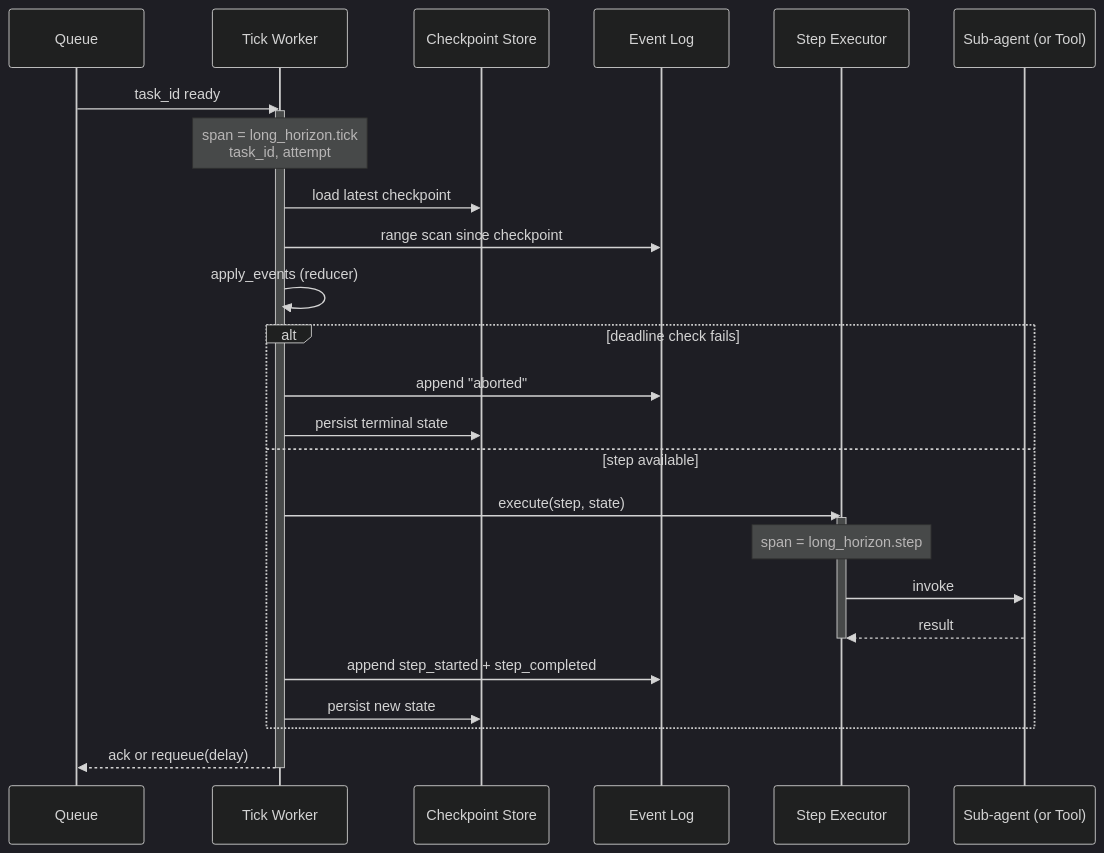
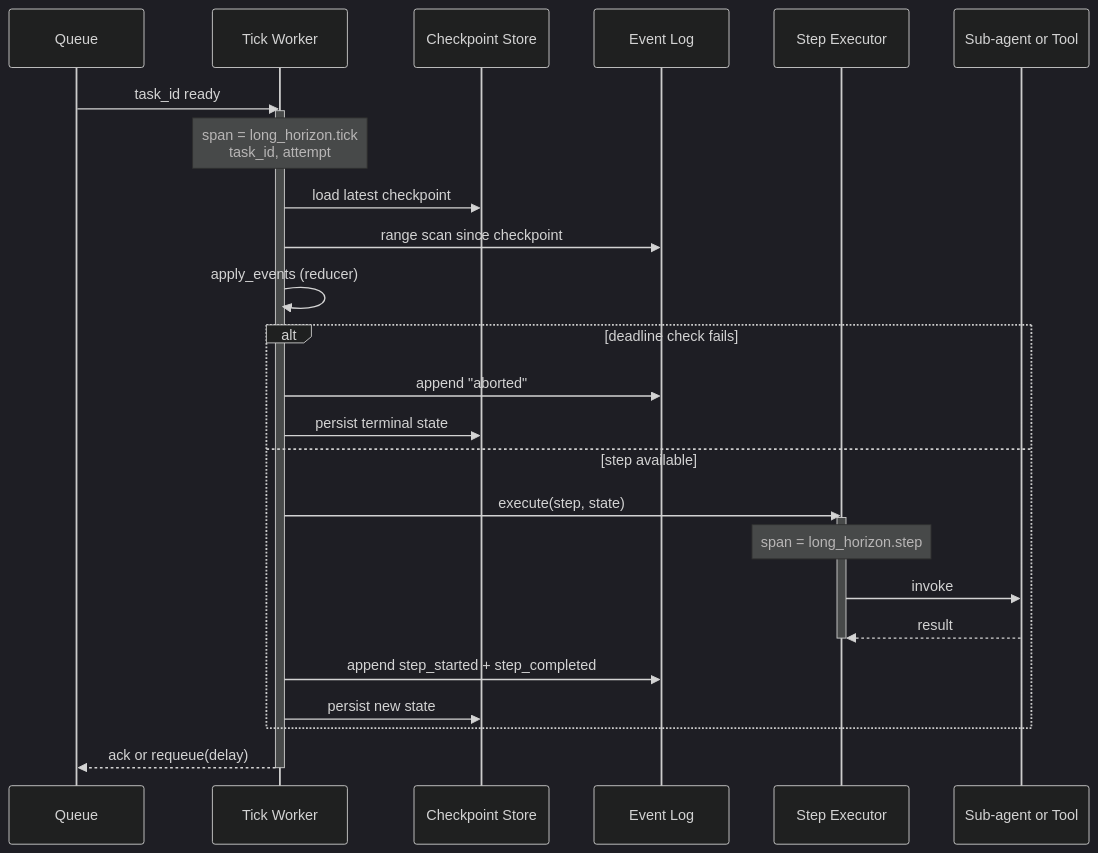
The diagram in patterns/long_horizon/observability.md (jagguvarma15/agent-blueprints), drawn with Mermaid (dark theme) before and after one commit. The commit also changed 17 other files, not shown here.

````diff
--- a/patterns/long_horizon/observability.md
+++ b/patterns/long_horizon/observability.md
@@ -32,34 +32,34 @@
 ```mermaid
 sequenceDiagram
     participant Queue
     participant Worker as Tick Worker
     participant CP as Checkpoint Store
     participant Log as Event Log
     participant Exec as Step Executor
-    participant Sub as Sub-agent (or Tool)
+    participant Sub as Sub-agent or Tool
 
     Queue->>Worker: task_id ready
     activate Worker
     note over Worker: span = long_horizon.tick<br/>task_id, attempt
 
     Worker->>CP: load latest checkpoint
     Worker->>Log: range scan since checkpoint
     Worker->>Worker: apply_events (reducer)
 
     alt deadline check fails
         Worker->>Log: append "aborted"
         Worker->>CP: persist terminal state
     else step available
         Worker->>Exec: execute(step, state)
         activate Exec
         note over Exec: span = long_horizon.step
         Exec->>Sub: invoke
         Sub-->>Exec: result
         deactivate Exec
         Worker->>Log: append step_started + step_completed
         Worker->>CP: persist new state
     end
 
     Worker-->>Queue: ack or requeue(delay)
     deactivate Worker
 ```
````
